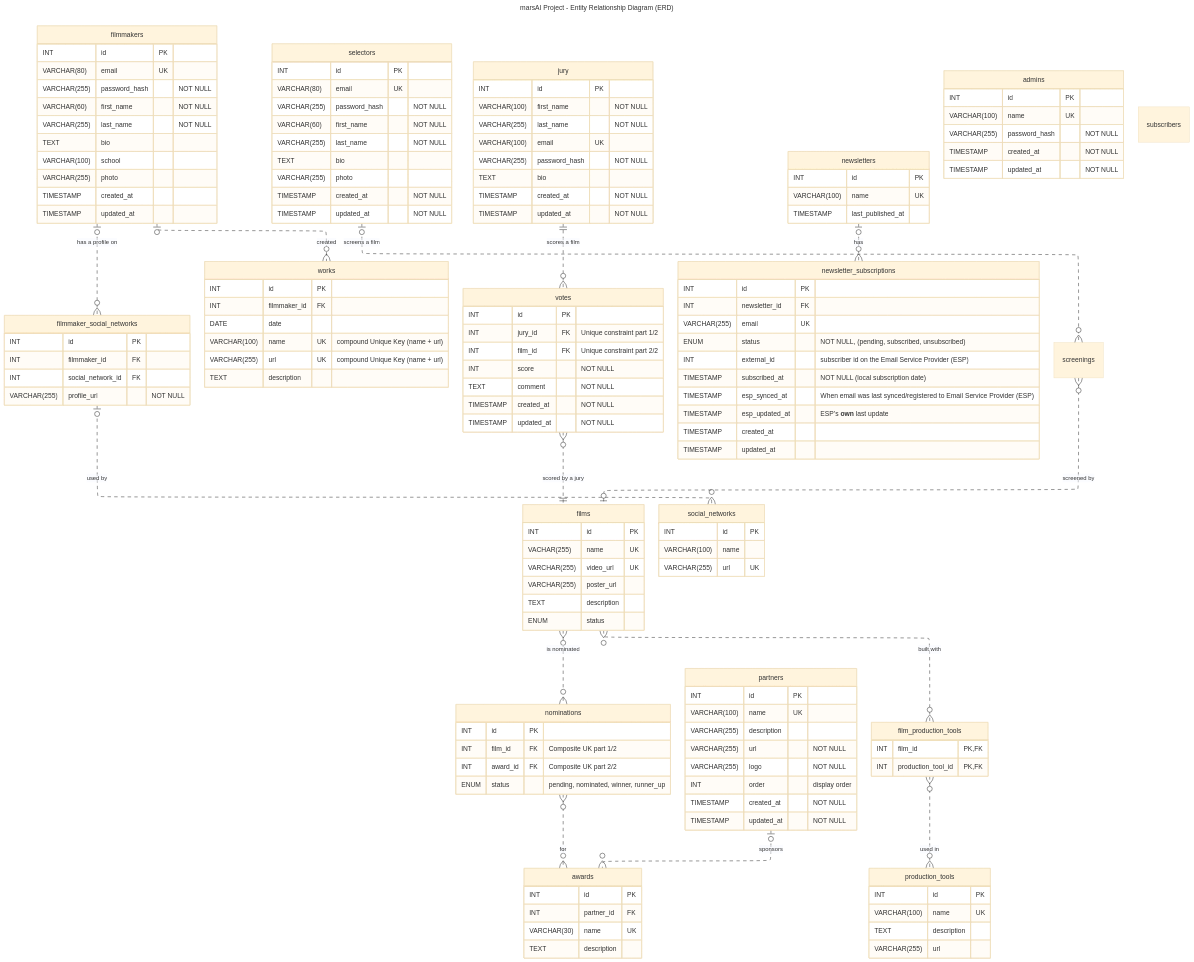
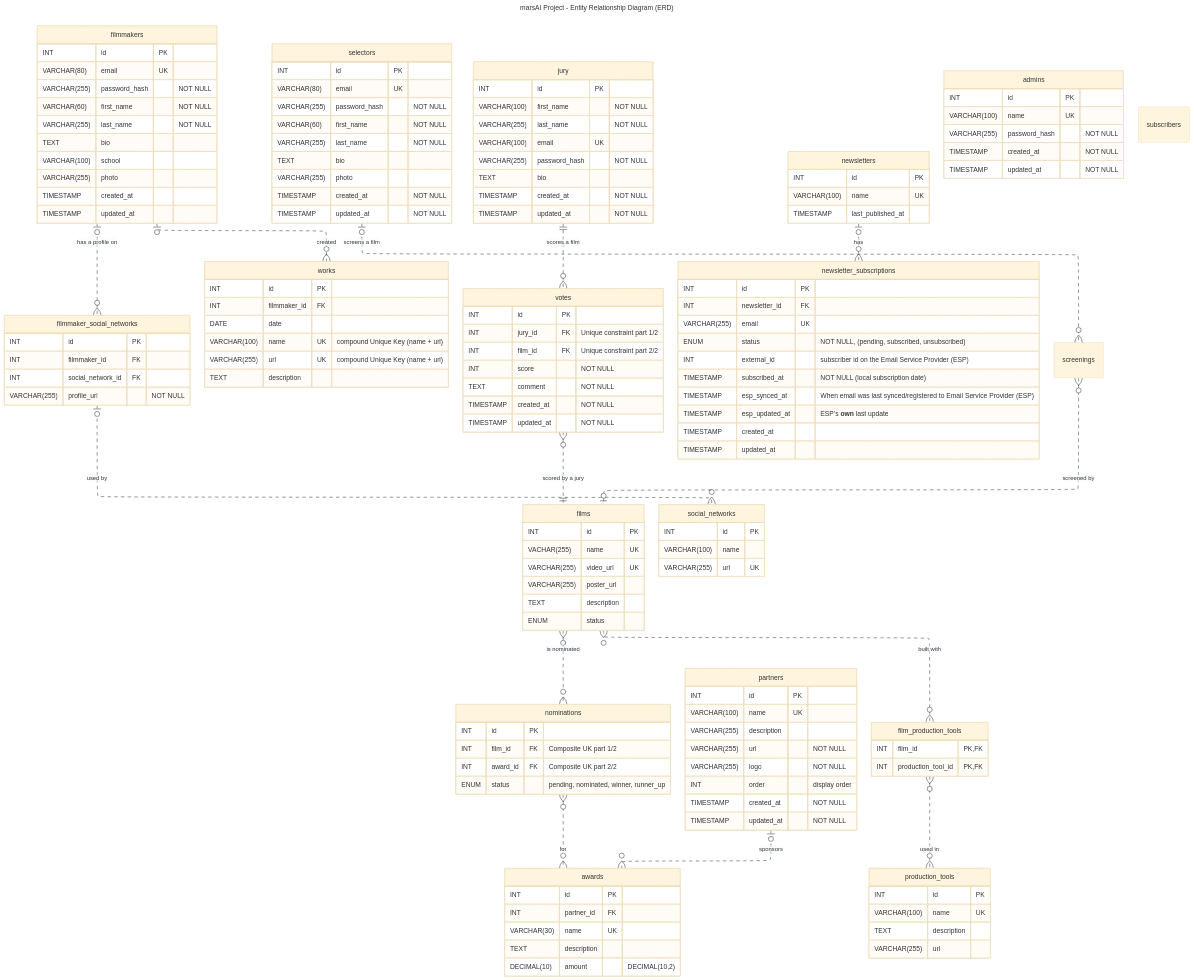
The first of 2 diagrams in README.md (ebouchut/mars-ai-project), drawn with Mermaid (base theme) before and after one commit.

Commit message:
docs(README): Add field awards.amount to ERD

```diff
--- a/README.md
+++ b/README.md
@@ -168,6 +168,7 @@
       INT             partner_id   FK
       VARCHAR(30)     name         UK
       TEXT            description
+      DECIMAL(10)     amount           "DECIMAL(10,2)"
     }
     filmmakers {
         INT           id            PK
```
